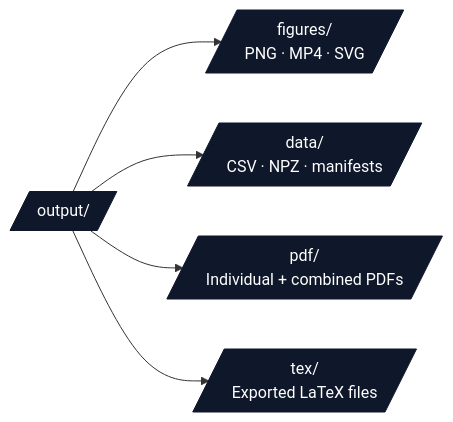
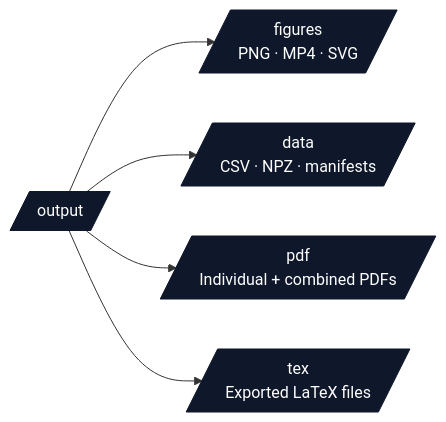
One commit to docxology/template changed the third of 4 diagrams in docs/core/workflow.md. Above: the diagram before and after it, drawn with Mermaid. The commit also changed other lines of this file and 164 other files, not shown here.

````diff
--- a/docs/core/workflow.md
+++ b/docs/core/workflow.md
@@ -241,11 +240,11 @@
 ```mermaid
 flowchart LR
-    OUT[/output//]
-    OUT --> FIG[/figures/<br/>PNG · MP4 · SVG/]
-    OUT --> DATA[/data/<br/>CSV · NPZ · manifests/]
-    OUT --> PDF[/pdf/<br/>Individual + combined PDFs/]
-    OUT --> TEX[/tex/<br/>Exported LaTeX files/]
+    OUT[/output/]
+    OUT --> FIG[/figures<br/>PNG · MP4 · SVG/]
+    OUT --> DATA[/data<br/>CSV · NPZ · manifests/]
+    OUT --> PDF[/pdf<br/>Individual + combined PDFs/]
+    OUT --> TEX[/tex<br/>Exported LaTeX files/]
 
     classDef d fill:#0f172a,stroke:#0f172a,color:#fff
     class OUT,FIG,DATA,PDF,TEX d
 ```
````
